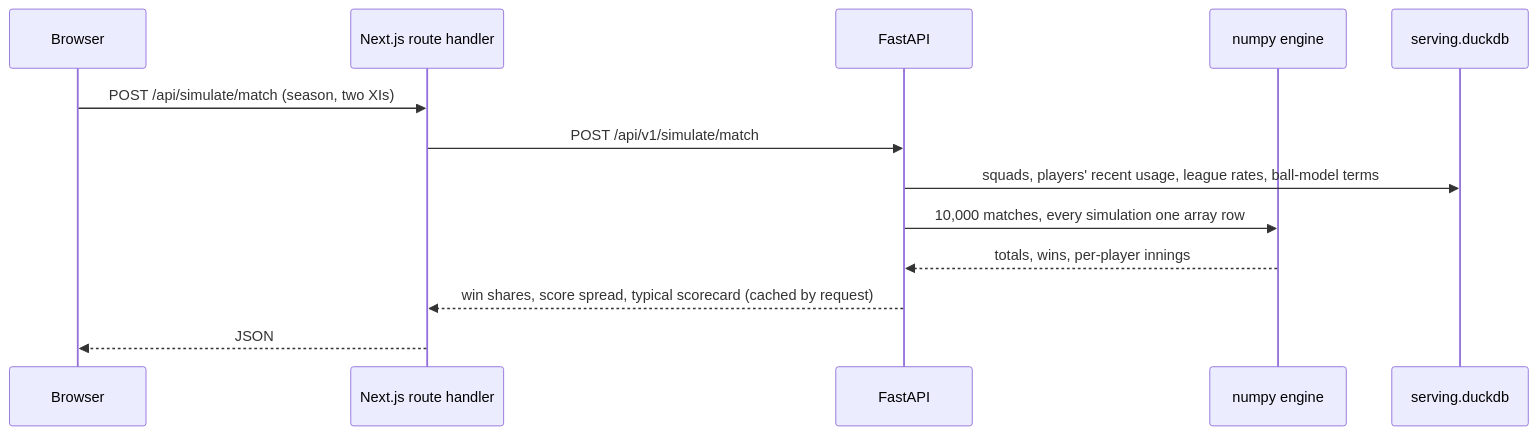
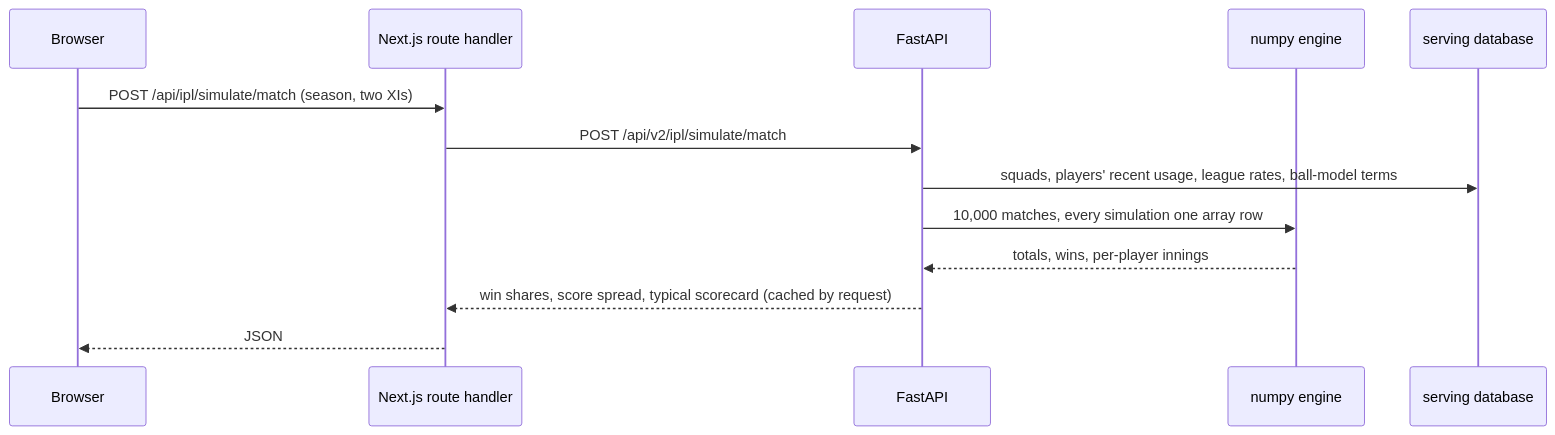
The second of 2 diagrams in README.md (mehulp007/CricIQ), drawn with Mermaid before and after one commit. The commit also changed other lines of this file and 5 other files, not shown here.

````diff
--- a/README.md
+++ b/README.md
@@ -341,15 +356,15 @@
 ```mermaid
 sequenceDiagram
     participant B as Browser
     participant N as Next.js route handler
     participant A as FastAPI
     participant E as numpy engine
-    participant D as serving.duckdb
-    B->>N: POST /api/simulate/match (season, two XIs)
-    N->>A: POST /api/v1/simulate/match
+    participant D as serving database
+    B->>N: POST /api/ipl/simulate/match (season, two XIs)
+    N->>A: POST /api/v2/ipl/simulate/match
     A->>D: squads, players' recent usage, league rates, ball-model terms
     A->>E: 10,000 matches, every simulation one array row
     E-->>A: totals, wins, per-player innings
     A-->>N: win shares, score spread, typical scorecard (cached by request)
     N-->>B: JSON
 ```
````
